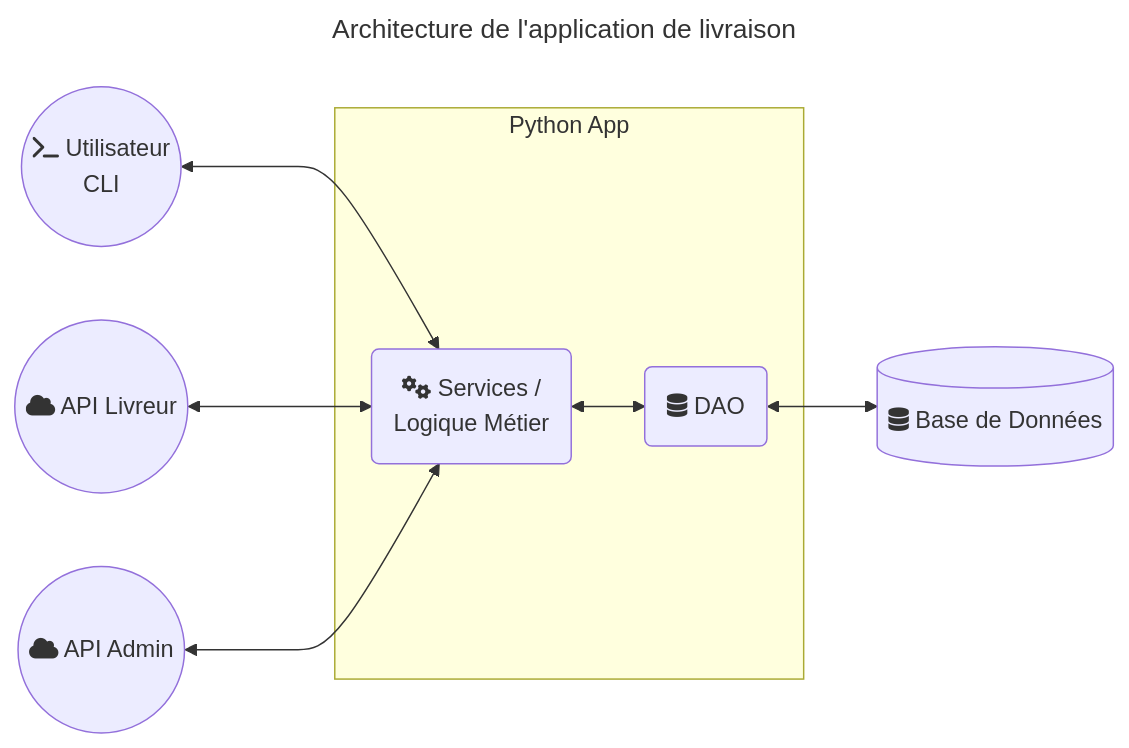
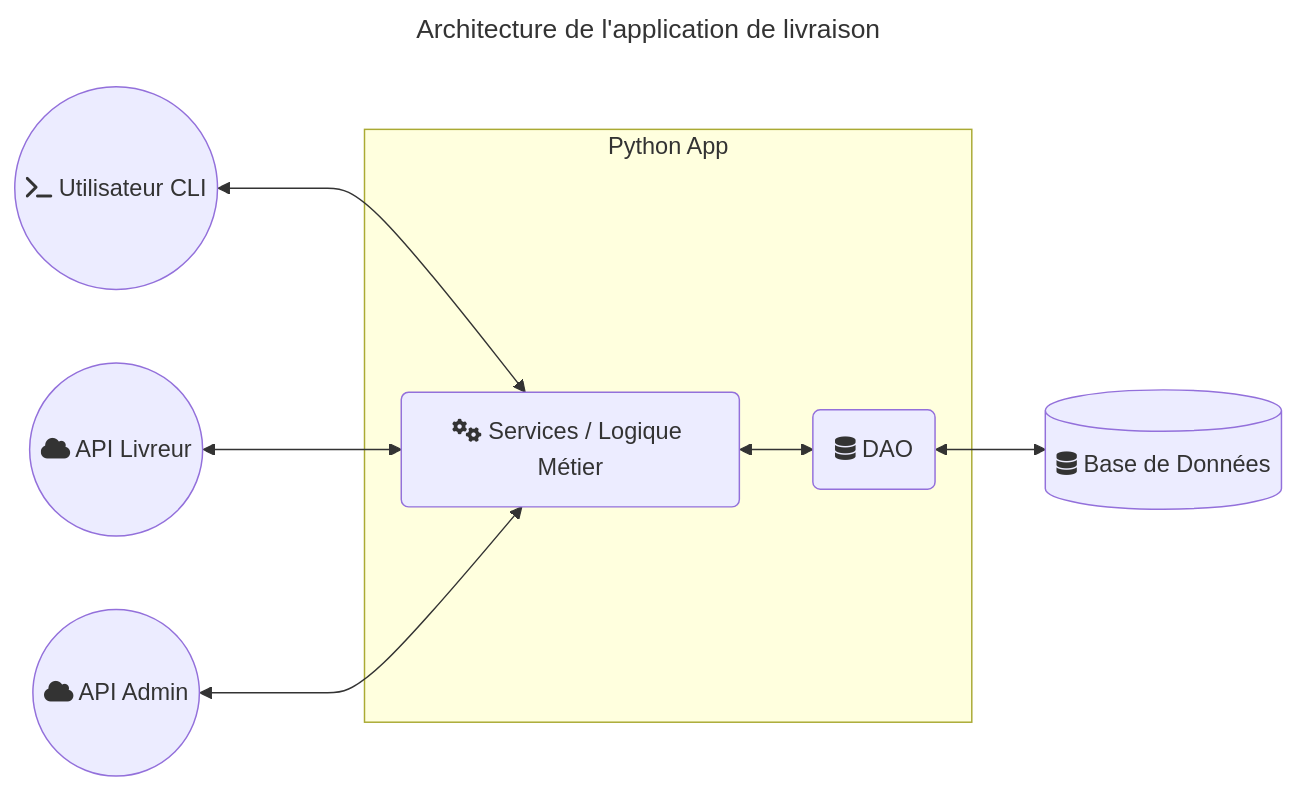
One commit to anaisdrnc/Projet_Info_2A changed the diagram in architecture1.md. Above: the diagram before and after it, drawn with Mermaid.

````diff
--- a/architecture1.md
+++ b/architecture1.md
@@ -1,28 +1,28 @@
 ```mermaid
 ---
 title: Architecture de l'application de livraison
 ---
 graph LR
     %% Acteurs / Interfaces
-    CLI((fa:fa-terminal Utilisateur \n CLI))
+    CLI((fa:fa-terminal Utilisateur CLI))
     API_Livreur((fa:fa-cloud API Livreur))
     API_Admin((fa:fa-cloud API Admin))
 
     %% Back-end Python app
     subgraph Python App
-        SVC(fa:fa-cogs Services / \n Logique Métier)
+        SVC(fa:fa-cogs Services / Logique Métier)
         DAO(fa:fa-database DAO)
     end
 
     %% Base de données
     DB[(fa:fa-database Base de Données)]
 
     %% Relations
     CLI<--->SVC
     API_Livreur<--->SVC
     API_Admin<--->SVC
     SVC<-->DAO
     DAO<-->DB
 
 
 ```
````
